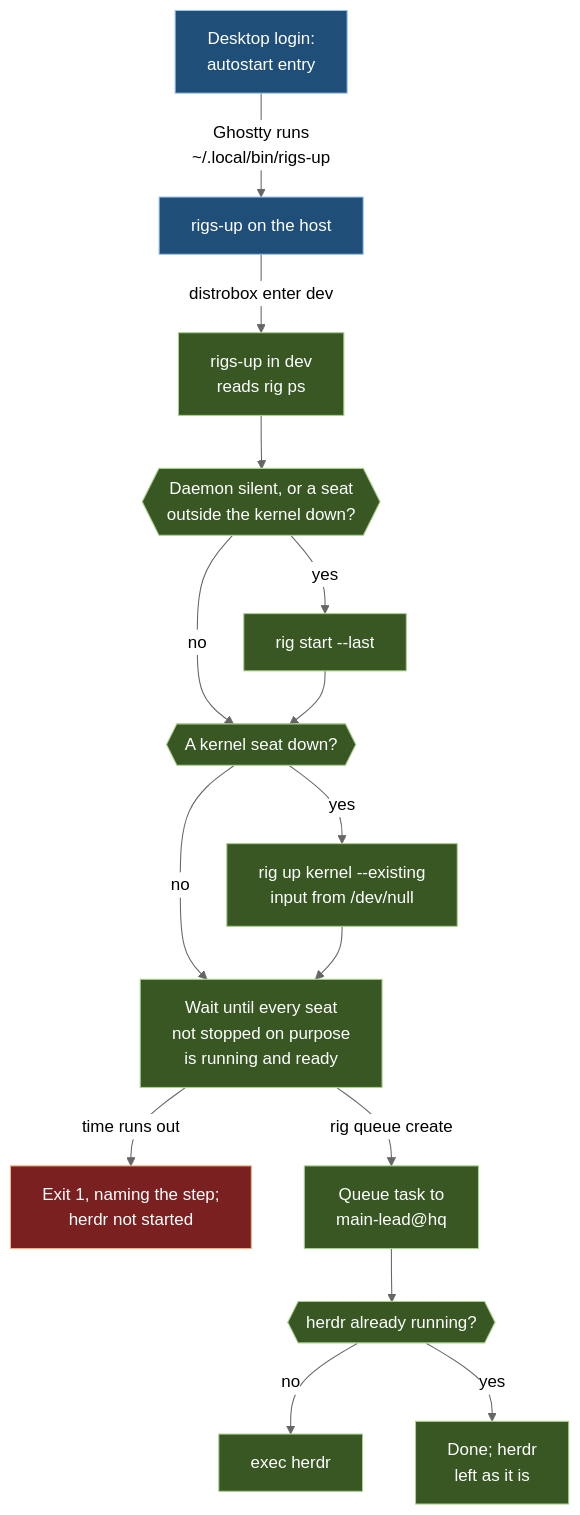
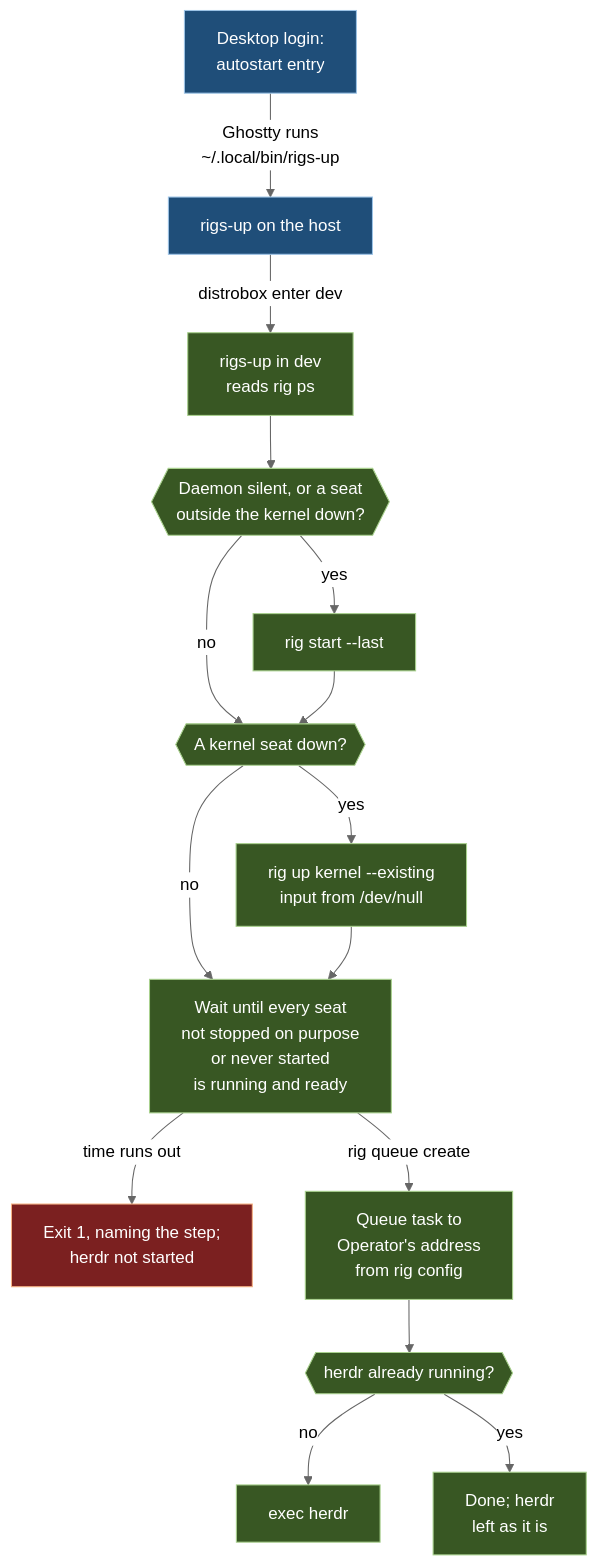
Before and after one commit to sh4i-yurei/workflow-engine: the fourth of 5 diagrams in ARCHITECTURE.md, drawn with Mermaid (neutral theme). The commit also changed other lines of this file and 4 other files, not shown here.

First line of the commit message:
rigs-up: skip seats that never started, and read Operator's address from the configuration (#37)

````diff
--- a/ARCHITECTURE.md
+++ b/ARCHITECTURE.md
@@ -123,23 +124,23 @@
 ```mermaid
 flowchart TB
   login["Desktop login:<br/>autostart entry"] -->|"Ghostty runs<br/>~/.local/bin/rigs-up"| enter["rigs-up on the host"]
   enter -->|"distrobox enter dev"| ps["rigs-up in dev<br/>reads rig ps"]
   ps --> other{{"Daemon silent, or a seat<br/>outside the kernel down?"}}
   other -->|"yes"| start["rig start --last"]
   other -->|"no"| kernel{{"A kernel seat down?"}}
   start --> kernel
   kernel -->|"yes"| up["rig up kernel --existing<br/>input from /dev/null"]
-  kernel -->|"no"| wait["Wait until every seat<br/>not stopped on purpose<br/>is running and ready"]
+  kernel -->|"no"| wait["Wait until every seat<br/>not stopped on purpose<br/>or never started<br/>is running and ready"]
   up --> wait
   wait -->|"time runs out"| fail["Exit 1, naming the step;<br/>herdr not started"]
-  wait -->|"rig queue create"| tell["Queue task to<br/>main-lead@hq"]
+  wait -->|"rig queue create"| tell["Queue task to<br/>Operator's address<br/>from rig config"]
   tell --> h{{"herdr already running?"}}
   h -->|"no"| exec["exec herdr"]
   h -->|"yes"| leave["Done; herdr<br/>left as it is"]
   classDef proc fill:#385723,stroke:#a9d18e,color:#ffffff
   classDef bad fill:#7b2020,stroke:#f4b183,color:#ffffff
   classDef ext fill:#1f4e79,stroke:#9cc3e6,color:#ffffff
   class login,enter ext
   class ps,other,start,kernel,up,wait,tell,h,exec,leave proc
   class fail bad
 ```
````
